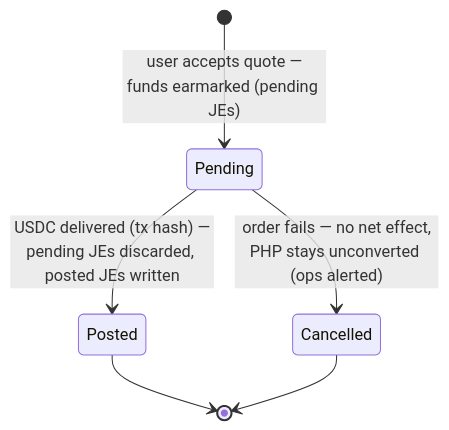
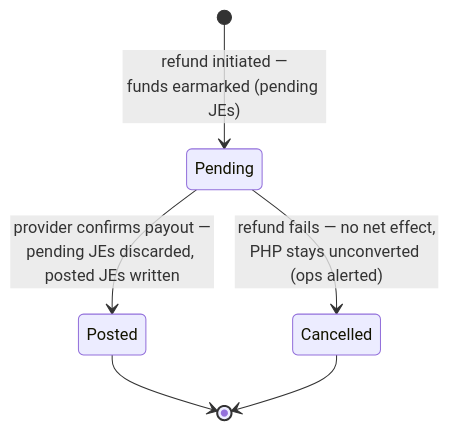
One commit to STAbraham/stablecoin-project changed the third of 3 diagrams in tracks/c-usdc-vasp-privy/research/php-ledger-design.md. Above: the diagram before and after it, drawn with Mermaid. The commit also changed other lines of this file and 12 other files, not shown here.

````diff
--- a/tracks/c-usdc-vasp-privy/research/php-ledger-design.md
+++ b/tracks/c-usdc-vasp-privy/research/php-ledger-design.md
@@ -125,8 +270,8 @@
 ```mermaid
 stateDiagram-v2
-    [*] --> Pending: user accepts quote —<br/>funds earmarked (pending JEs)
-    Pending --> Posted: USDC delivered (tx hash) —<br/>pending JEs discarded, posted JEs written
-    Pending --> Cancelled: order fails — no net effect,<br/>PHP stays unconverted (ops alerted)
+    [*] --> Pending: refund initiated —<br/>funds earmarked (pending JEs)
+    Pending --> Posted: provider confirms payout —<br/>pending JEs discarded, posted JEs written
+    Pending --> Cancelled: refund fails — no net effect,<br/>PHP stays unconverted (ops alerted)
     Posted --> [*]
     Cancelled --> [*]
 ```
````
